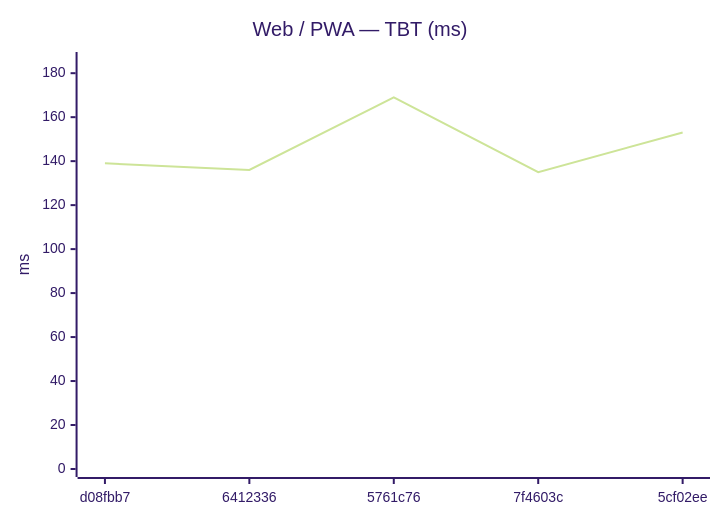
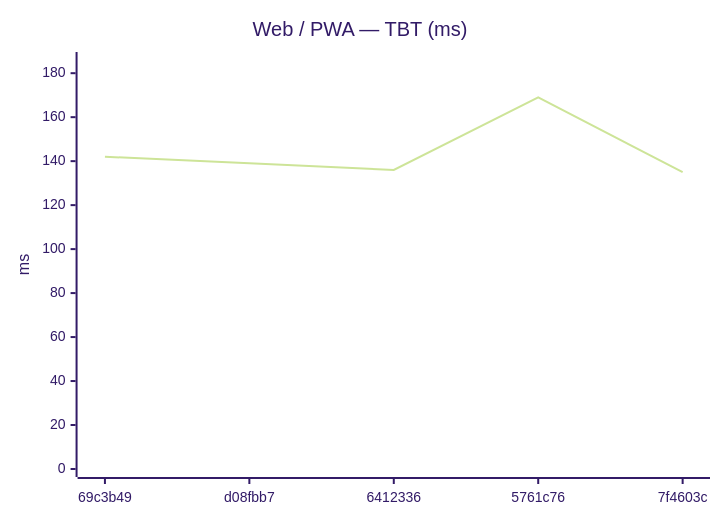
One commit to Metaheurist/Rianell changed the eighth of 18 diagrams in benchmarks/compare.md. Above: the diagram before and after it, drawn with Mermaid (forest theme). The commit also changed other lines of this file and 11 other files, not shown here.

````diff
--- a/benchmarks/compare.md
+++ b/benchmarks/compare.md
@@ -124,7 +124,7 @@
 ```mermaid
 xychart-beta
     title "Web / PWA — TBT (ms)"
-    x-axis ["d08fbb7", "6412336", "5761c76", "7f4603c", "5cf02ee"]
+    x-axis ["69c3b49", "d08fbb7", "6412336", "5761c76", "7f4603c"]
     y-axis "ms" 0 --> 186
-    line [139, 136, 169, 135, 153]
+    line [142, 139, 136, 169, 135]
 ```
````
